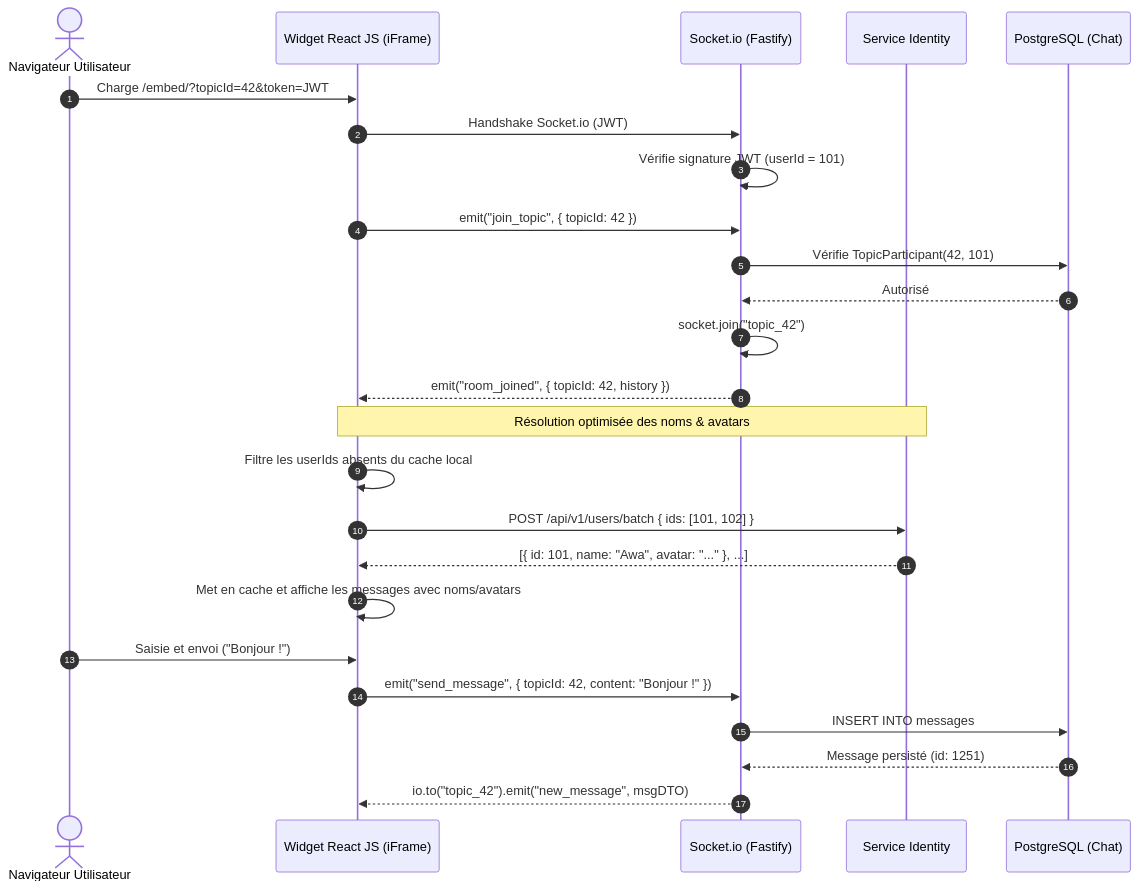
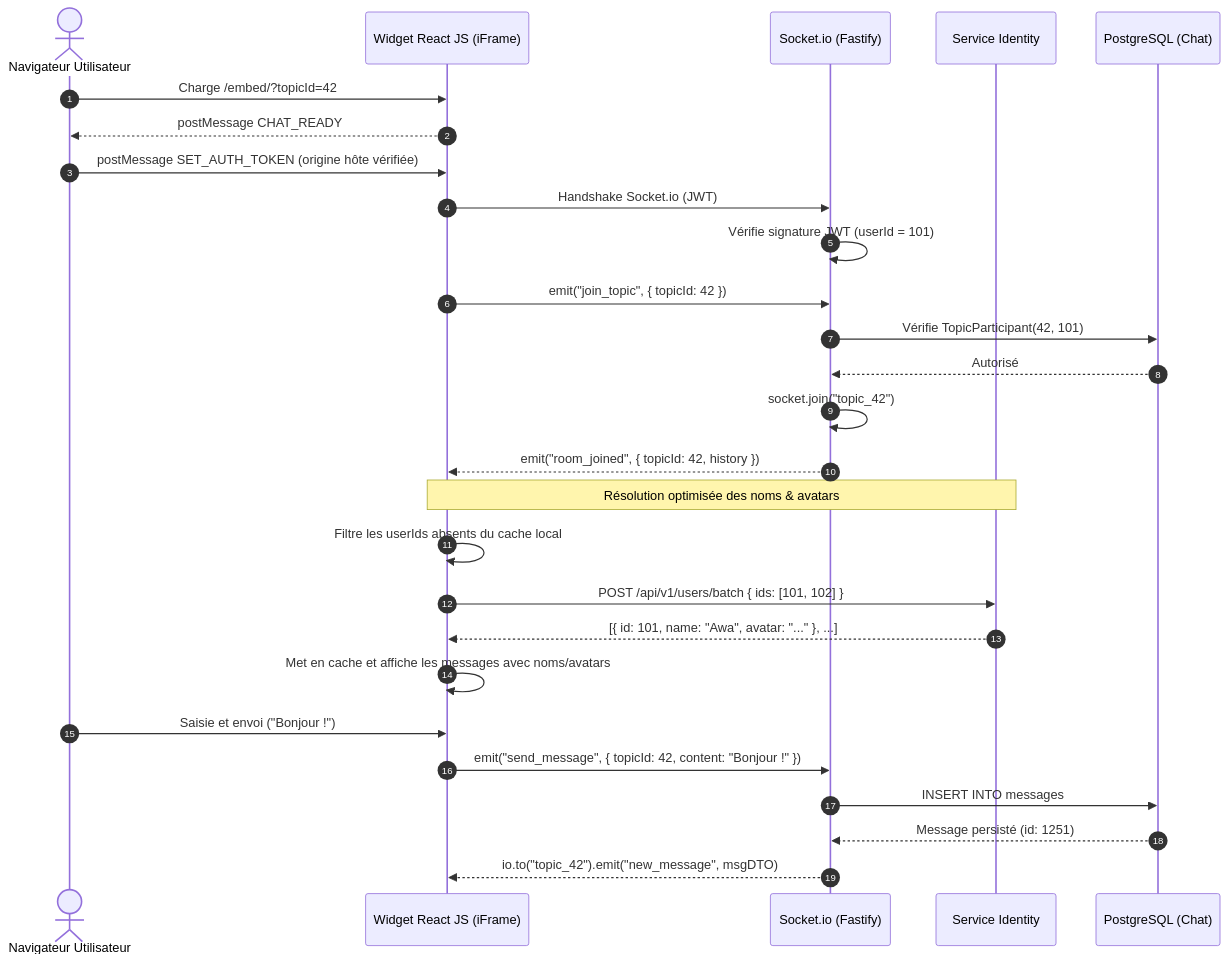
Before and after one commit to IvanCedric0/ODA-Chat-Microservice: the third of 3 diagrams in docs/sp_cification_technique_d_architecture_micro_service_chat.md, drawn with Mermaid. The commit also changed 19 other files, not shown here.

````diff
--- a/docs/sp_cification_technique_d_architecture_micro_service_chat.md
+++ b/docs/sp_cification_technique_d_architecture_micro_service_chat.md
@@ -227,30 +227,32 @@
 ```mermaid
 sequenceDiagram
     autonumber
     actor User as Navigateur Utilisateur
     participant Widget as Widget React JS (iFrame)
     participant SocketServer as Socket.io (Fastify)
     participant Identity as Service Identity
     participant DB as PostgreSQL (Chat)
 
-    User->>Widget: Charge /embed/?topicId=42&token=JWT
+    User->>Widget: Charge /embed/?topicId=42
+    Widget-->>User: postMessage CHAT_READY
+    User->>Widget: postMessage SET_AUTH_TOKEN (origine hôte vérifiée)
     Widget->>SocketServer: Handshake Socket.io (JWT)
     SocketServer->>SocketServer: Vérifie signature JWT (userId = 101)
     Widget->>SocketServer: emit("join_topic", { topicId: 42 })
     SocketServer->>DB: Vérifie TopicParticipant(42, 101)
     DB-->>SocketServer: Autorisé
     SocketServer->>SocketServer: socket.join("topic_42")
     SocketServer-->>Widget: emit("room_joined", { topicId: 42, history })
 
     Note over Widget,Identity: Résolution optimisée des noms & avatars
     Widget->>Widget: Filtre les userIds absents du cache local
     Widget->>Identity: POST /api/v1/users/batch { ids: [101, 102] }
     Identity-->>Widget: [{ id: 101, name: "Awa", avatar: "..." }, ...]
     Widget->>Widget: Met en cache et affiche les messages avec noms/avatars
 
     User->>Widget: Saisie et envoi ("Bonjour !")
     Widget->>SocketServer: emit("send_message", { topicId: 42, content: "Bonjour !" })
     SocketServer->>DB: INSERT INTO messages
     DB-->>SocketServer: Message persisté (id: 1251)
     SocketServer-->>Widget: io.to("topic_42").emit("new_message", msgDTO)
 ```
````
